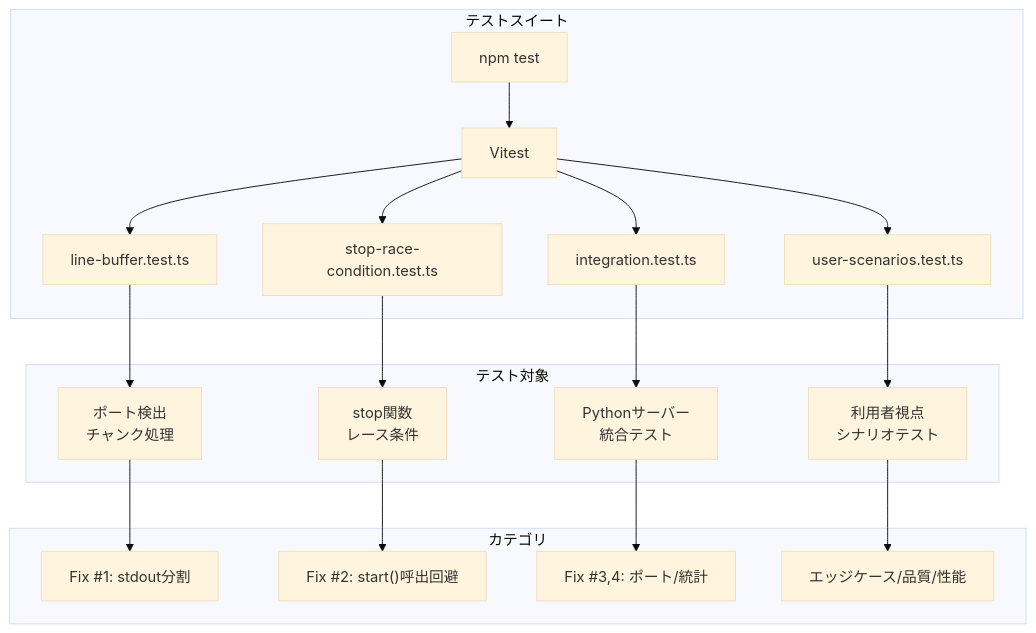
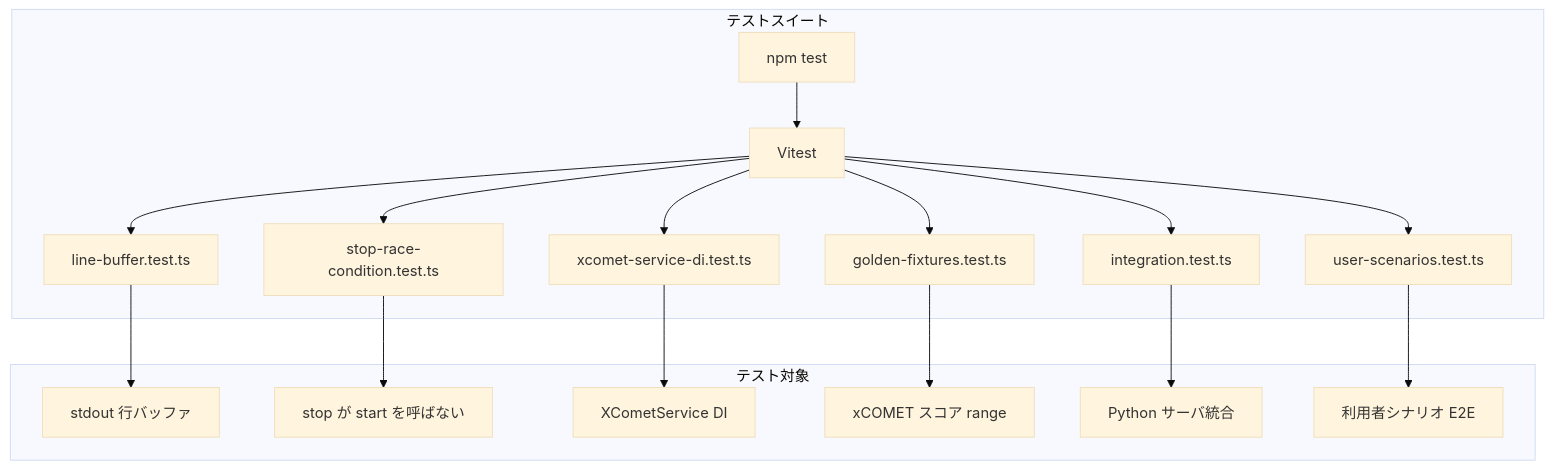
One commit to shuji-bonji/xcomet-mcp-server changed the first of 8 diagrams in tests/README.md. Above: the diagram before and after it, drawn with Mermaid (base theme). The commit also changed other lines of this file and 18 other files, not shown here.

````diff
--- a/tests/README.md
+++ b/tests/README.md
@@ -7,24 +7,21 @@
 ```mermaid
 graph TD
     subgraph "テストスイート"
         A[npm test] --> B[Vitest]
         B --> C[line-buffer.test.ts]
         B --> D[stop-race-condition.test.ts]
-        B --> E[integration.test.ts]
-        B --> F[user-scenarios.test.ts]
+        B --> E[xcomet-service-di.test.ts]
+        B --> F[golden-fixtures.test.ts]
+        B --> G[integration.test.ts]
+        B --> H[user-scenarios.test.ts]
     end
 
     subgraph "テスト対象"
-        C --> G[ポート検出<br/>チャンク処理]
-        D --> H[stop関数<br/>レース条件]
-        E --> I[Pythonサーバー<br/>統合テスト]
-        F --> J[利用者視点<br/>シナリオテスト]
-    end
-
-    subgraph "カテゴリ"
-        G --> K["Fix #1: stdout分割"]
-        H --> L["Fix #2: start()呼出回避"]
-        I --> M["Fix #3,4: ポート/統計"]
-        J --> N["エッジケース/品質/性能"]
+        C --> C1[stdout 行バッファ]
+        D --> D1[stop が start を呼ばない]
+        E --> E1[XCometService DI]
+        F --> F1[xCOMET スコア range]
+        G --> G1[Python サーバ統合]
+        H --> H1[利用者シナリオ E2E]
     end
 ```
````
